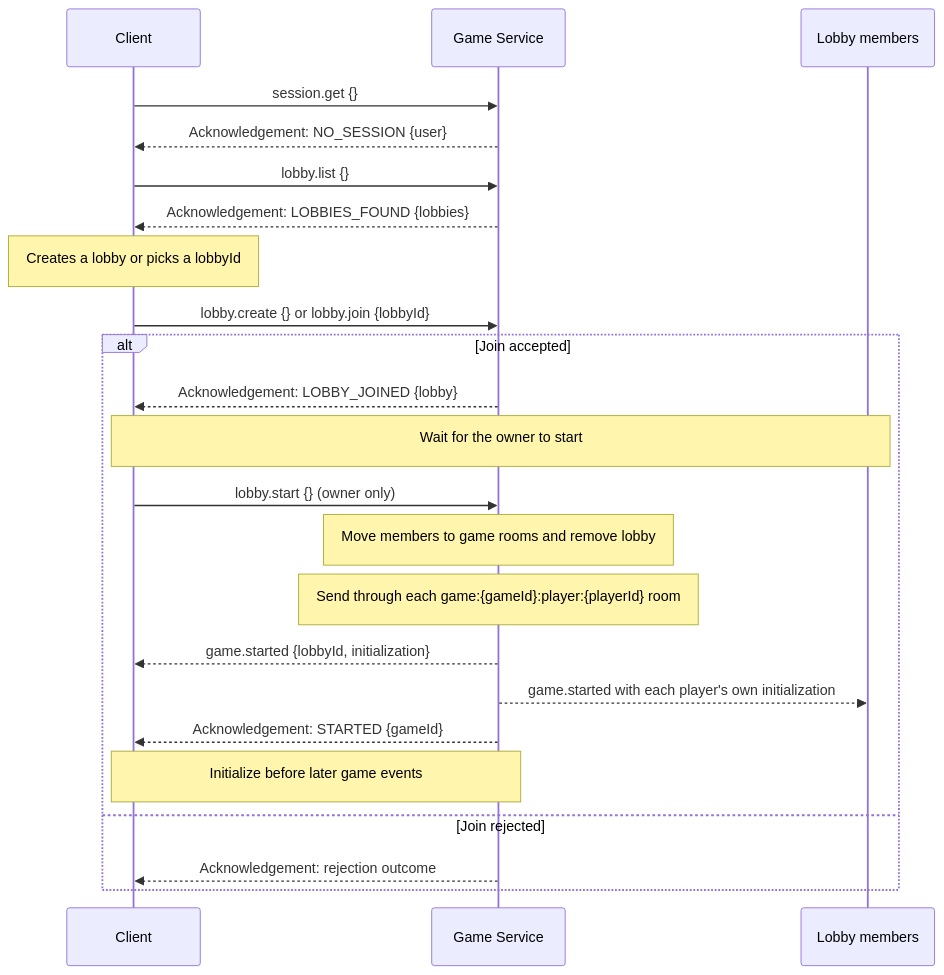
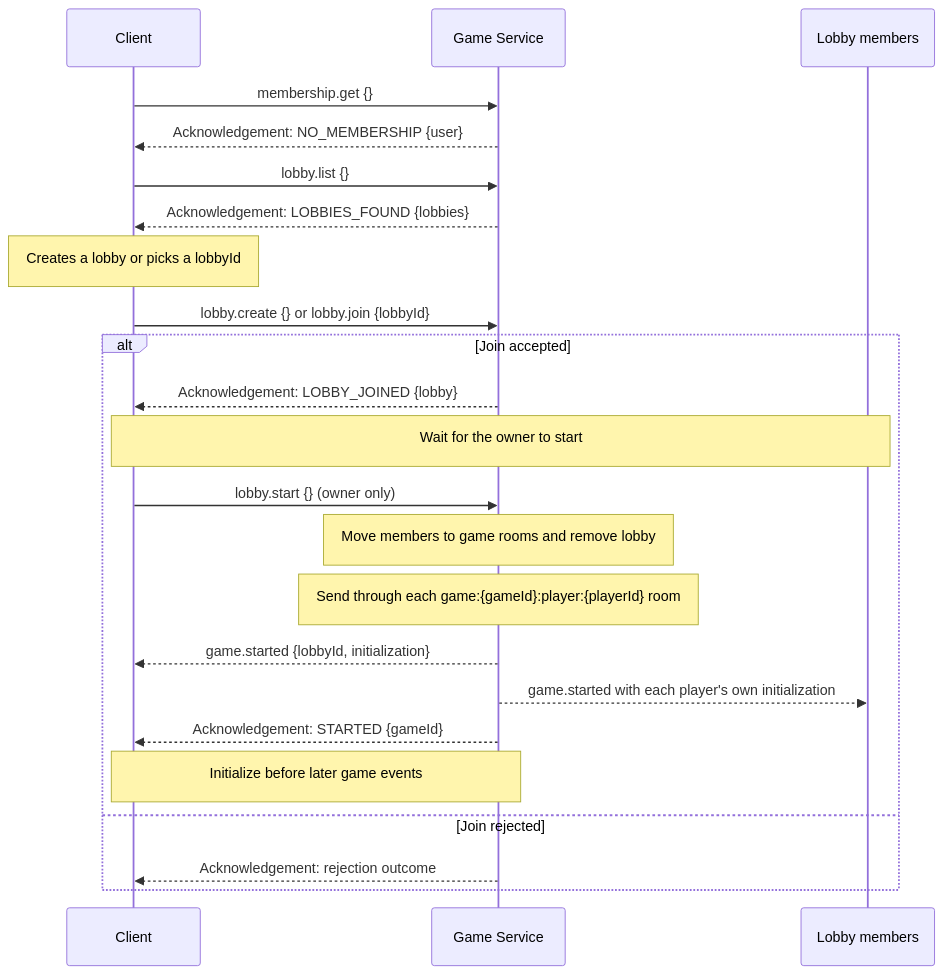
One commit to hananinas/RoboRally changed the diagram in docs/communication/figures/lobby-lifecycle.mmd. Above: the diagram before and after it, drawn with Mermaid. The commit also changed 135 other files, not shown here.

```diff
--- a/docs/communication/figures/lobby-lifecycle.mmd
+++ b/docs/communication/figures/lobby-lifecycle.mmd
@@ -1,25 +1,25 @@
 %%{init: {'sequence': {'noteMargin': 20}}}%%
 sequenceDiagram
     participant Client
     participant Server as Game Service
     participant Others as Lobby members
 
-    Client->>Server: session.get {}
-    Server-->>Client: Acknowledgement: NO_SESSION {user}
+    Client->>Server: membership.get {}
+    Server-->>Client: Acknowledgement: NO_MEMBERSHIP {user}
     Client->>Server: lobby.list {}
     Server-->>Client: Acknowledgement: LOBBIES_FOUND {lobbies}
     Note over Client: Creates a lobby or picks a lobbyId
     Client->>Server: lobby.create {} or lobby.join {lobbyId}
     alt Join accepted
         Server-->>Client: Acknowledgement: LOBBY_JOINED {lobby}
         Note over Client,Others: Wait for the owner to start
         Client->>Server: lobby.start {} (owner only)
         Note over Server: Move members to game rooms and remove lobby
         Note over Server: Send through each game:{gameId}:player:{playerId} room
         Server-->>Client: game.started {lobbyId, initialization}
         Server-->>Others: game.started with each player's own initialization
         Server-->>Client: Acknowledgement: STARTED {gameId}
         Note over Client,Server: Initialize before later game events
     else Join rejected
         Server-->>Client: Acknowledgement: rejection outcome
     end
```
